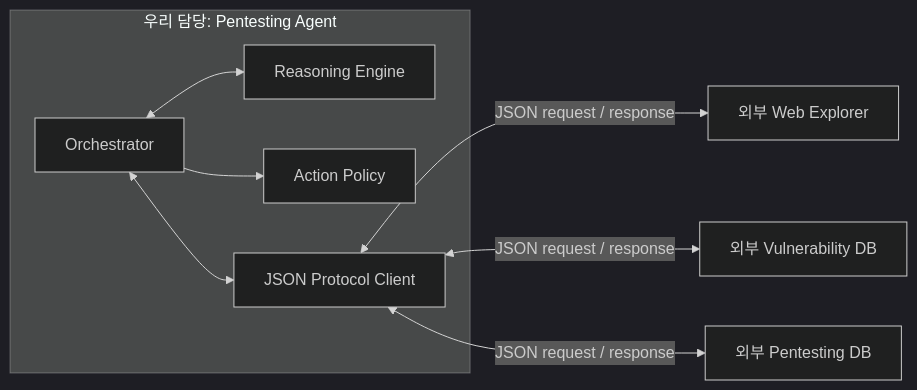
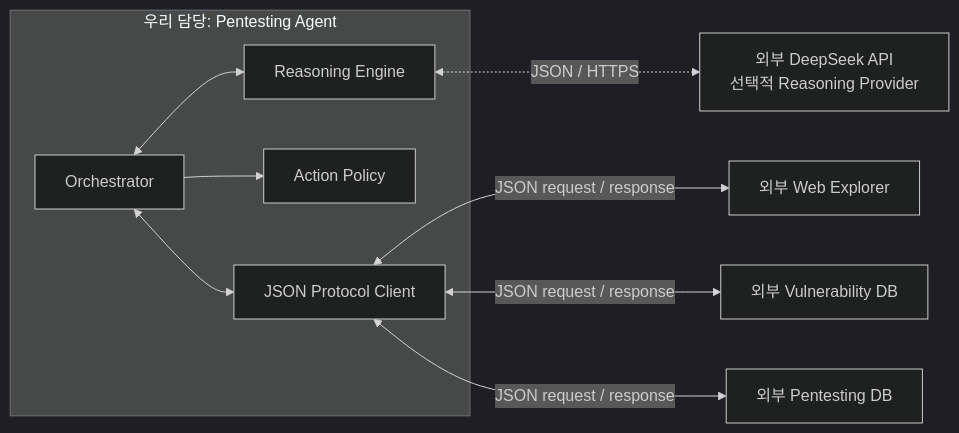
Before and after one commit to typemnm/FSL-CA3P: the diagram in agent/README.md, drawn with Mermaid (dark theme). The commit also changed other lines of this file and 41 other files, not shown here.

````diff
--- a/agent/README.md
+++ b/agent/README.md
@@ -23,16 +23,17 @@
 ```mermaid
 flowchart LR
     subgraph A[우리 담당: Pentesting Agent]
         O[Orchestrator]
         R[Reasoning Engine]
         P[Action Policy]
         C[JSON Protocol Client]
         O <--> R
         O --> P
         O <--> C
     end
 
     C <-->|JSON request / response| W[외부 Web Explorer]
     C <-->|JSON request / response| V[외부 Vulnerability DB]
     C <-->|JSON request / response| D[외부 Pentesting DB]
+    R <-.->|JSON / HTTPS| DS[외부 DeepSeek API<br/>선택적 Reasoning Provider]
 ```
````
